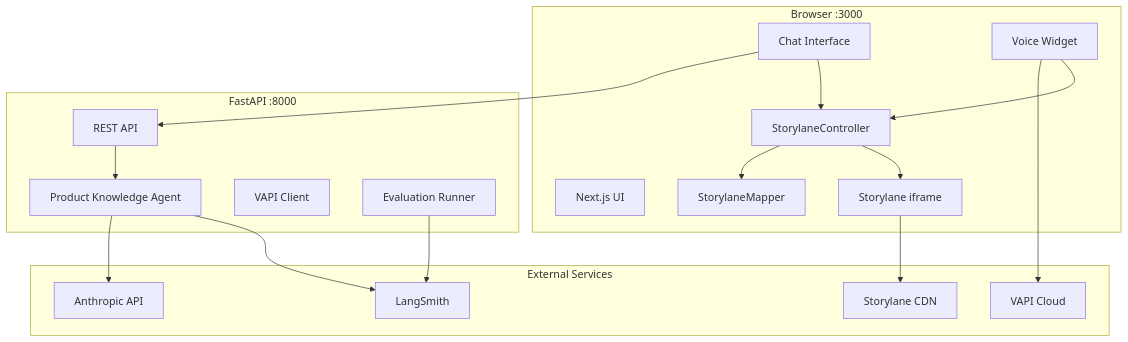
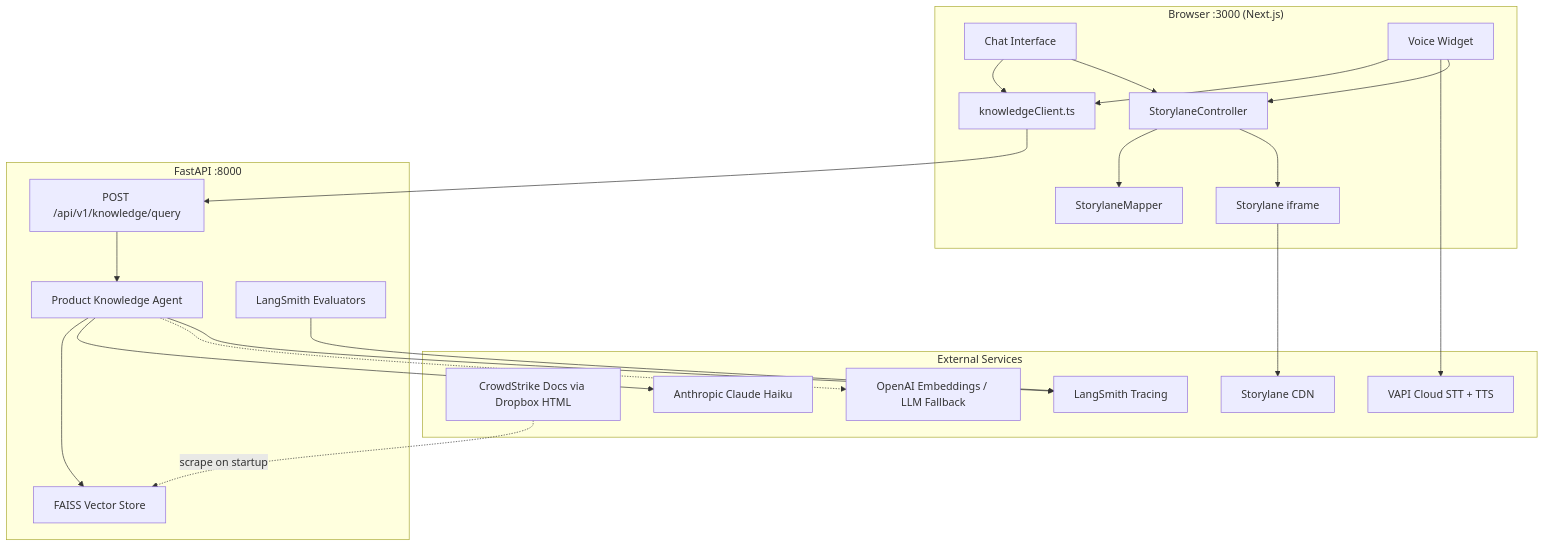
The diagram in docs/PRD.md (gdavos007/demopilot-interactive-dashboard), drawn with Mermaid before and after one commit. The commit also changed other lines of this file and 1 other file, not shown here.

Commit message:
Move architecture diagram from README to PRD.
Keep the detailed Mermaid diagram and agent flow in docs/PRD.md; README links to the PRD for architecture.

````diff
--- a/docs/PRD.md
+++ b/docs/PRD.md
@@ -168,37 +168,44 @@
 ```mermaid
 flowchart TB
-    subgraph Client["Browser :3000"]
-        UI[Next.js UI]
+    subgraph Client["Browser :3000 (Next.js)"]
         Chat[Chat Interface]
         Voice[Voice Widget]
-        Iframe[Storylane iframe]
-        Mapper[StorylaneMapper]
-        Controller[StorylaneController]
+        KC[knowledgeClient.ts]
+        SC[StorylaneController]
+        SM[StorylaneMapper]
+        IF[Storylane iframe]
     end
 
     subgraph Backend["FastAPI :8000"]
-        API[REST API]
+        KQ["POST /api/v1/knowledge/query"]
         Agent[Product Knowledge Agent]
-        VAPI[VAPI Client]
-        Eval[Evaluation Runner]
+        FAISS[FAISS Vector Store]
+        Eval[LangSmith Evaluators]
     end
 
     subgraph External["External Services"]
-        Anthropic[Anthropic API]
-        VAPICloud[VAPI Cloud]
-        Storylane[Storylane CDN]
-        LangSmith[LangSmith]
+        Docs[CrowdStrike Docs via Dropbox HTML]
+        Anthropic[Anthropic Claude Haiku]
+        OpenAI[OpenAI Embeddings / LLM Fallback]
+        VAPI[VAPI Cloud STT + TTS]
+        LS[LangSmith Tracing]
+        SL[Storylane CDN]
     end
 
-    Chat --> API
-    Voice --> VAPICloud
-    Voice --> Controller
-    Chat --> Controller
-    Controller --> Mapper
-    Controller --> Iframe
-    Iframe --> Storylane
-    API --> Agent
+    Chat --> KC
+    Voice --> KC
+    Voice --> VAPI
+    KC --> KQ
+    KQ --> Agent
+    Agent --> FAISS
     Agent --> Anthropic
-    Eval --> LangSmith
-    Agent --> LangSmith
+    Agent -.-> OpenAI
+    Agent --> LS
+    Chat --> SC
+    Voice --> SC
+    SC --> SM
+    SC --> IF
+    IF --> SL
+    Docs -. scrape on startup .-> FAISS
+    Eval --> LS
 ```
````
